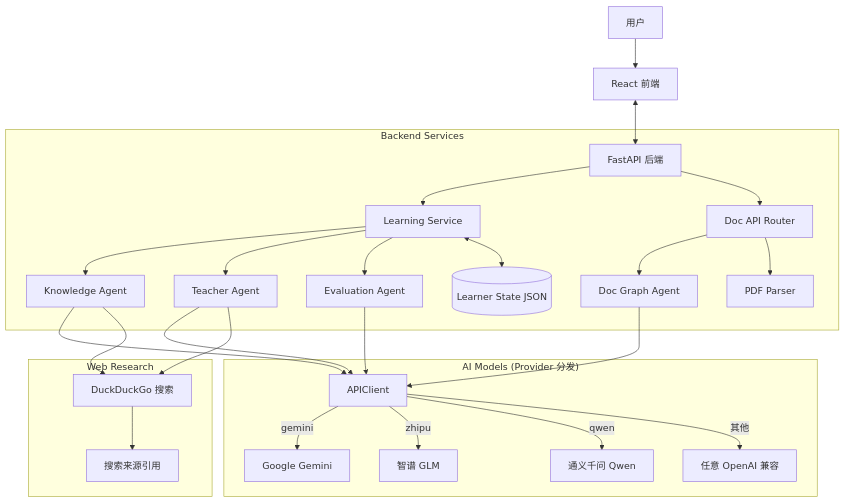
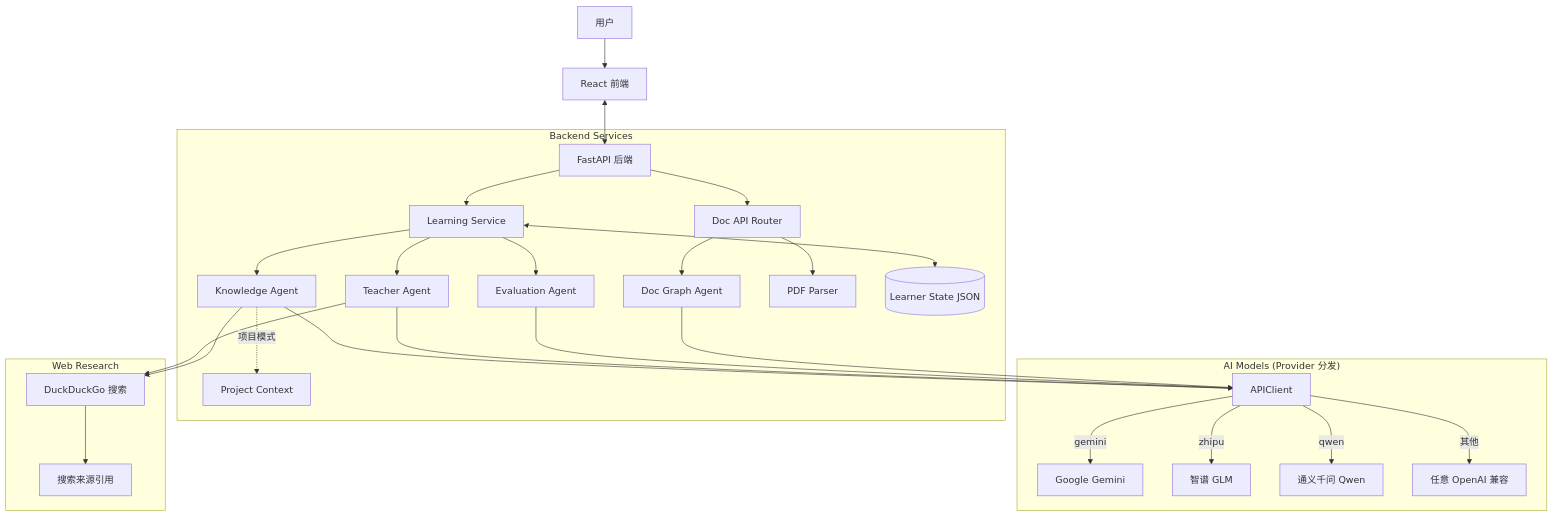
Before and after one commit to Dyiuu/AstraMentor-v1: the diagram in README.md, drawn with Mermaid. The commit also changed other lines of this file and 13 other files, not shown here.

````diff
--- a/README.md
+++ b/README.md
@@ -118,33 +125,34 @@
 ```mermaid
 graph TD
     User[用户] --> Client[React 前端]
     Client <--> API[FastAPI 后端]
 
     subgraph "Backend Services"
         API --> Service[Learning Service]
         API --> DocAPI[Doc API Router]
         Service --> KA[Knowledge Agent]
         Service --> TA[Teacher Agent]
         Service --> EA[Evaluation Agent]
         DocAPI --> DGA[Doc Graph Agent]
         DocAPI --> PDF[PDF Parser]
         Service <--> DB[(Learner State JSON)]
+        KA -.->|项目模式| PJ[Project Context]
     end
 
     subgraph "AI Models (Provider 分发)"
         KA --> AC[APIClient]
         TA --> AC
         EA --> AC
         DGA --> AC
         AC -->|gemini| Gemini[Google Gemini]
         AC -->|zhipu| GLM[智谱 GLM]
         AC -->|qwen| Qwen[通义千问 Qwen]
         AC -->|其他| OAI[任意 OpenAI 兼容]
     end
 
     subgraph "Web Research"
         TA --> DDG[DuckDuckGo 搜索]
         KA --> DDG
         DDG --> Sources[搜索来源引用]
     end
 ```
````
